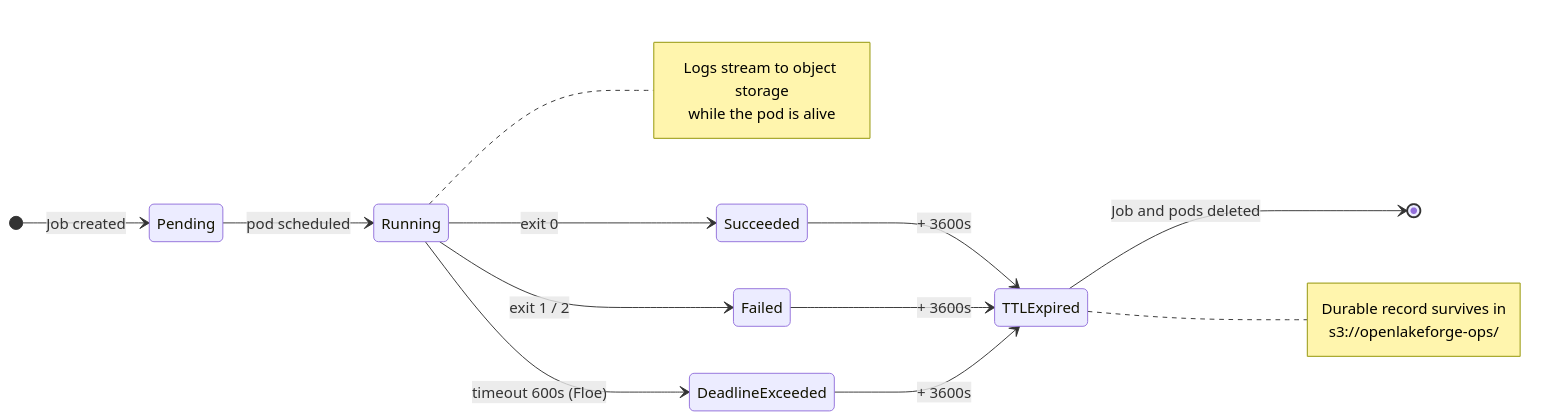
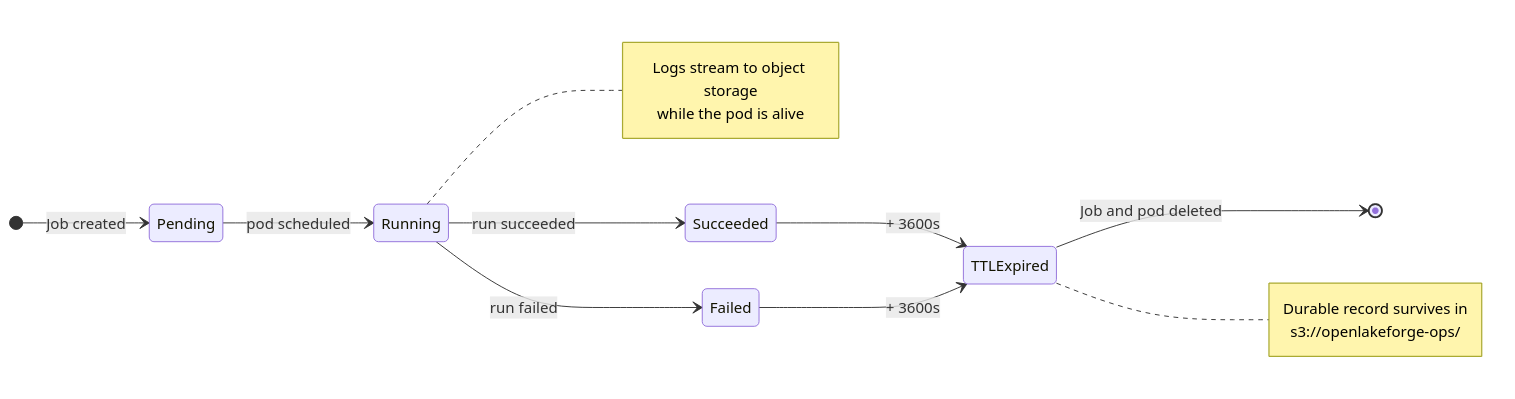
One commit to OpenLakeForge/openlakeforge changed the second of 2 diagrams in docs/architecture/diagrams/chart3-ephemeral-job-lifecycle.md. Above: the diagram before and after it, drawn with Mermaid. The commit also changed other lines of this file and 173 other files, not shown here.

First line of the commit message:
feat(floe): run Floe 0.8 as one Kubernetes Job per domain from the project-code image, without manifests (#549)

````diff
--- a/docs/architecture/diagrams/chart3-ephemeral-job-lifecycle.md
+++ b/docs/architecture/diagrams/chart3-ephemeral-job-lifecycle.md
@@ -95,22 +99,20 @@
 ```mermaid
 stateDiagram-v2
     direction LR
     [*] --> Pending: Job created
     Pending --> Running: pod scheduled
-    Running --> Succeeded: exit 0
-    Running --> Failed: exit 1 / 2
-    Running --> DeadlineExceeded: timeout 600s (Floe)
+    Running --> Succeeded: run succeeded
+    Running --> Failed: run failed
     Succeeded --> TTLExpired: + 3600s
     Failed --> TTLExpired: + 3600s
-    DeadlineExceeded --> TTLExpired: + 3600s
-    TTLExpired --> [*]: Job and pods deleted
+    TTLExpired --> [*]: Job and pod deleted
 
     note right of Running
         Logs stream to object storage
         while the pod is alive
     end note
     note right of TTLExpired
         Durable record survives in
         s3://openlakeforge-ops/
     end note
 ```
````
